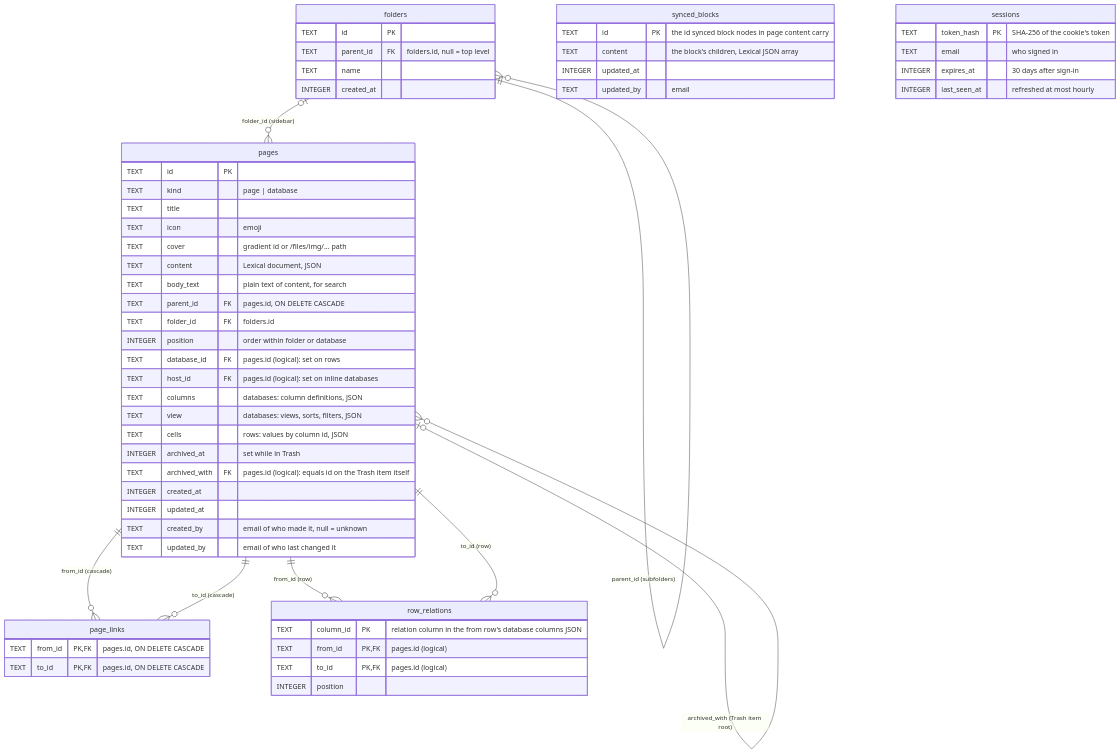
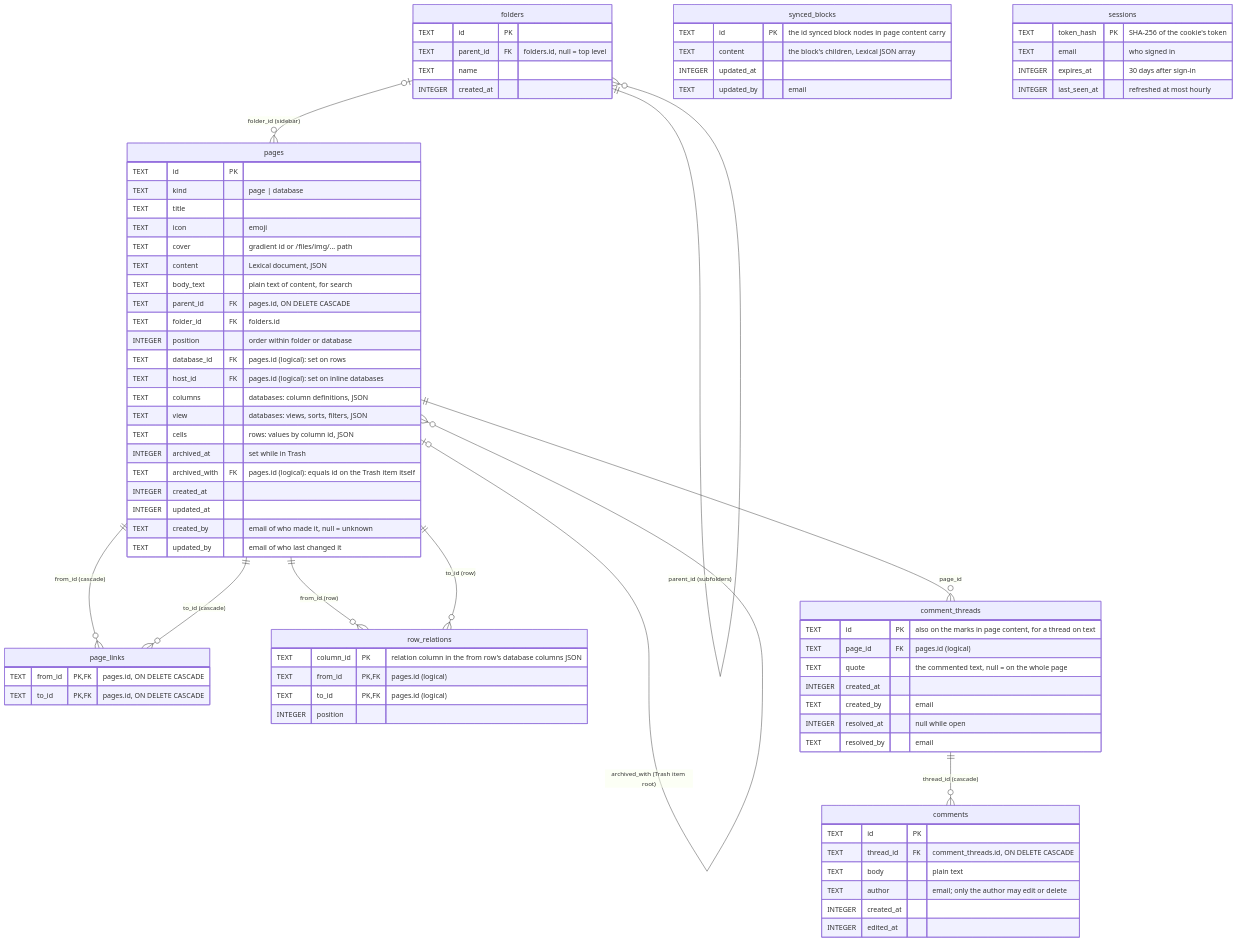
The diagram in docs/database.md (wai-lin/cfnotes), drawn with Mermaid before and after one commit. The commit also changed other lines of this file and 18 other files, not shown here.

Commit message:
feat(comments): store comment threads on pages and text

```diff
--- a/docs/database.md
+++ b/docs/database.md
@@ -14,6 +14,8 @@
 	pages ||--o{ page_links : "to_id (cascade)"
 	pages ||--o{ row_relations : "from_id (row)"
 	pages ||--o{ row_relations : "to_id (row)"
+	pages ||--o{ comment_threads : "page_id"
+	comment_threads ||--o{ comments : "thread_id (cascade)"
 
 	folders {
 		TEXT id PK
@@ -58,6 +60,25 @@
 		TEXT updated_by "email"
 	}
 
+	comment_threads {
+		TEXT id PK "also on the marks in page content, for a thread on text"
+		TEXT page_id FK "pages.id (logical)"
+		TEXT quote "the commented text, null = on the whole page"
+		INTEGER created_at
+		TEXT created_by "email"
+		INTEGER resolved_at "null while open"
+		TEXT resolved_by "email"
+	}
+
+	comments {
+		TEXT id PK
+		TEXT thread_id FK "comment_threads.id, ON DELETE CASCADE"
+		TEXT body "plain text"
+		TEXT author "email; only the author may edit or delete"
+		INTEGER created_at
+		INTEGER edited_at
+	}
+
 	sessions {
 		TEXT token_hash PK "SHA-256 of the cookie's token"
 		TEXT email "who signed in"
```
